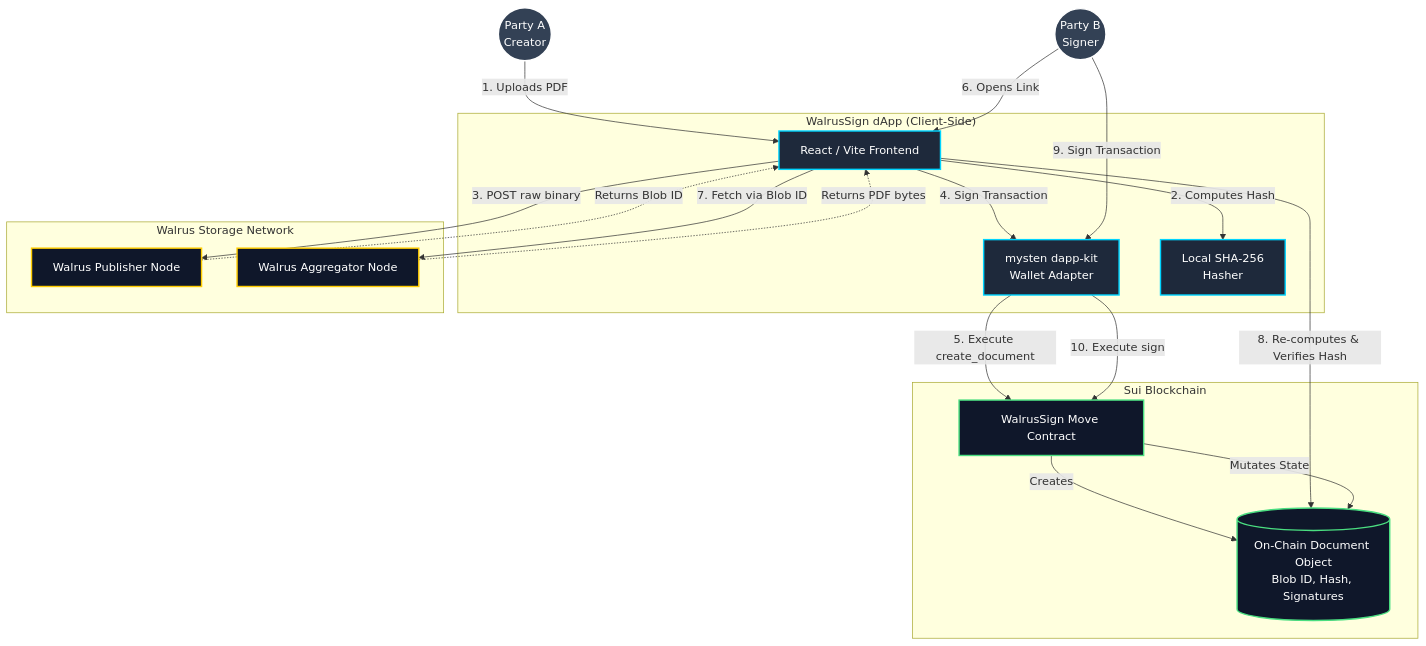
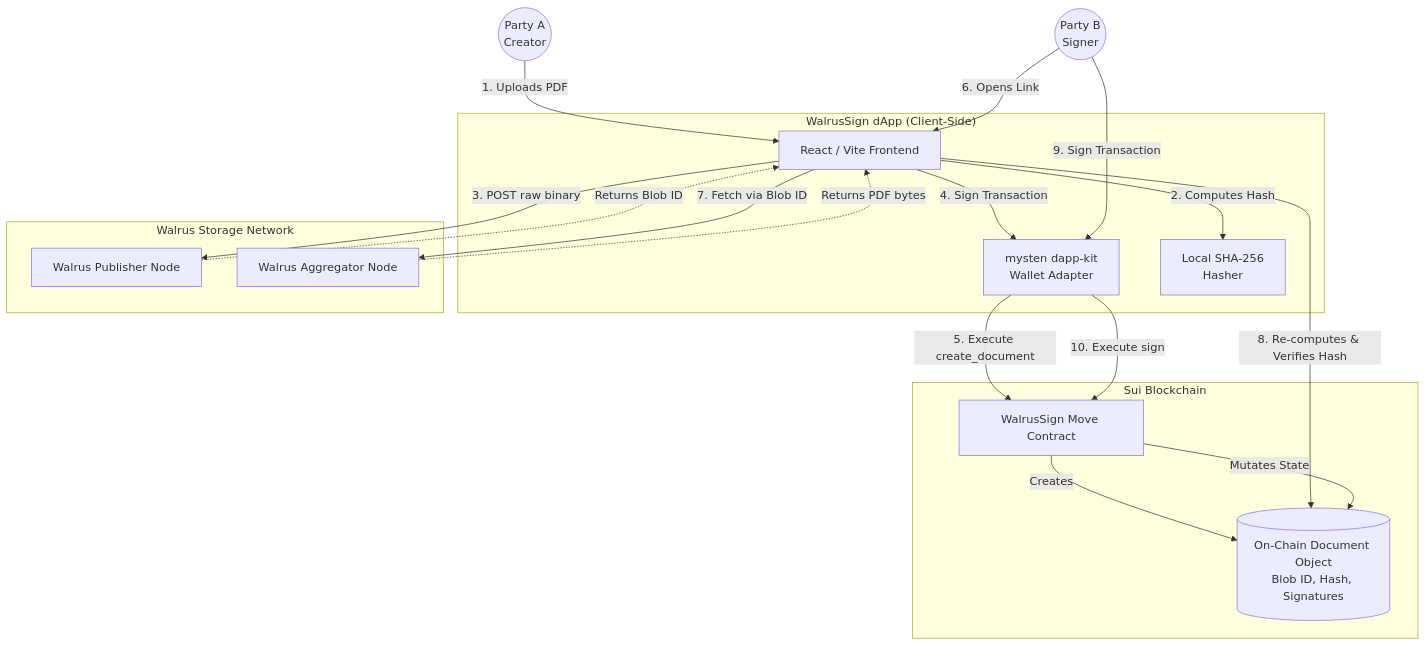
Before and after one commit to Lakshmikanth-3/walrussign: the first of 2 diagrams in README.md, drawn with Mermaid. The commit also changed other lines of this file, not shown here.

Commit message:
Make README diagrams monochrome

````diff
--- a/README.md
+++ b/README.md
@@ -21,44 +21,39 @@
 ```mermaid
 graph TD
-    classDef frontend fill:#1e293b,stroke:#00d4ff,stroke-width:2px,color:#fff
-    classDef walrus fill:#0f172a,stroke:#ffcc00,stroke-width:2px,color:#fff
-    classDef sui fill:#0f172a,stroke:#4ade80,stroke-width:2px,color:#fff
-    classDef user fill:#334155,stroke:#fff,stroke-width:2px,color:#fff
-
-    UserA((Party A<br/>Creator)):::user
-    UserB((Party B<br/>Signer)):::user
+    UserA((Party A<br/>Creator))
+    UserB((Party B<br/>Signer))
 
     subgraph "WalrusSign dApp (Client-Side)"
-        React[React / Vite Frontend]:::frontend
-        DappKit["mysten dapp-kit<br/>Wallet Adapter"]:::frontend
-        LocalHash[Local SHA-256<br/>Hasher]:::frontend
+        React[React / Vite Frontend]
+        DappKit["mysten dapp-kit<br/>Wallet Adapter"]
+        LocalHash[Local SHA-256<br/>Hasher]
     end
 
     subgraph "Walrus Storage Network"
-        Publisher[Walrus Publisher Node]:::walrus
-        Aggregator[Walrus Aggregator Node]:::walrus
+        Publisher[Walrus Publisher Node]
+        Aggregator[Walrus Aggregator Node]
     end
 
     subgraph "Sui Blockchain"
-        SmartContract[WalrusSign Move Contract]:::sui
-        DocObject[(On-Chain Document Object<br/>Blob ID, Hash, Signatures)]:::sui
+        SmartContract[WalrusSign Move Contract]
+        DocObject[(On-Chain Document Object<br/>Blob ID, Hash, Signatures)]
     end
 
     UserA -->|1. Uploads PDF| React
     React -->|2. Computes Hash| LocalHash
     React -->|3. POST raw binary| Publisher
     Publisher -.->|Returns Blob ID| React
 
     React -->|4. Sign Transaction| DappKit
     DappKit -->|5. Execute create_document| SmartContract
     SmartContract -->|Creates| DocObject
 
     UserB -->|6. Opens Link| React
     React -->|7. Fetch via Blob ID| Aggregator
     Aggregator -.->|Returns PDF bytes| React
     React -->|8. Re-computes & Verifies Hash| DocObject
 
     UserB -->|9. Sign Transaction| DappKit
     DappKit -->|10. Execute sign| SmartContract
     SmartContract -->|Mutates State| DocObject
 ```
````
